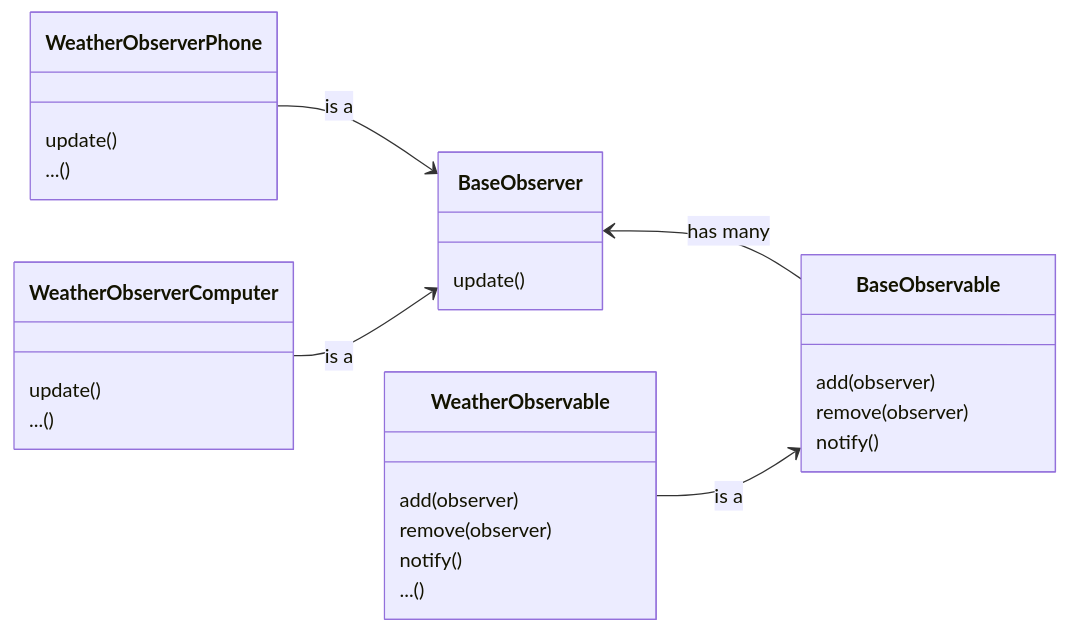
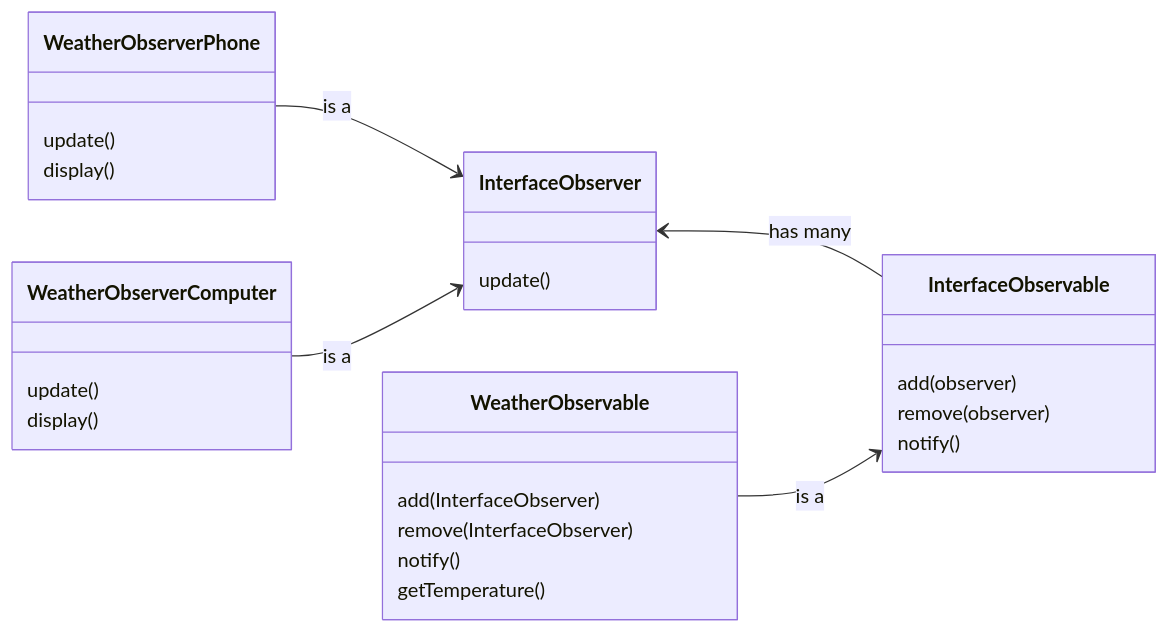
One commit to YCChenVictor/blog-frontend changed the second of 2 diagrams in _posts/Computer_Science/design_pattern/2022-03-25-observer.md. Above: the diagram before and after it, drawn with Mermaid. The commit also changed other lines of this file and 2 other files, not shown here.

```diff
--- a/_posts/Computer_Science/design_pattern/2022-03-25-observer.md
+++ b/_posts/Computer_Science/design_pattern/2022-03-25-observer.md
@@ -34,26 +34,26 @@
 <div class="mermaid">
 classDiagram
   direction RL
-  BaseObservable --> BaseObserver : has many
+  InterfaceObservable --> InterfaceObserver : has many
 
-  BaseObservable : add(observer)
-  BaseObservable : remove(observer)
-  BaseObservable : notify()
+  InterfaceObservable : add(observer)
+  InterfaceObservable : remove(observer)
+  InterfaceObservable : notify()
 
-  BaseObserver : update()
+  InterfaceObserver : update()
 
-  BaseObservable <-- WeatherObservable : is a
-  BaseObserver <-- WeatherObserverPhone : is a
-  BaseObserver <-- WeatherObserverComputer : is a
+  InterfaceObservable <-- WeatherObservable : is a
+  InterfaceObserver <-- WeatherObserverPhone : is a
+  InterfaceObserver <-- WeatherObserverComputer : is a
 
-  WeatherObservable : add(observer)
-  WeatherObservable : remove(observer)
+  WeatherObservable : add(InterfaceObserver)
+  WeatherObservable : remove(InterfaceObserver)
   WeatherObservable : notify()
-  WeatherObservable : ...()
+  WeatherObservable : getTemperature()
 
   WeatherObserverPhone : update()
-  WeatherObserverPhone : ...()
+  WeatherObserverPhone : display()
 
   WeatherObserverComputer : update()
-  WeatherObserverComputer : ...()
+  WeatherObserverComputer : display()
 </div>
```
